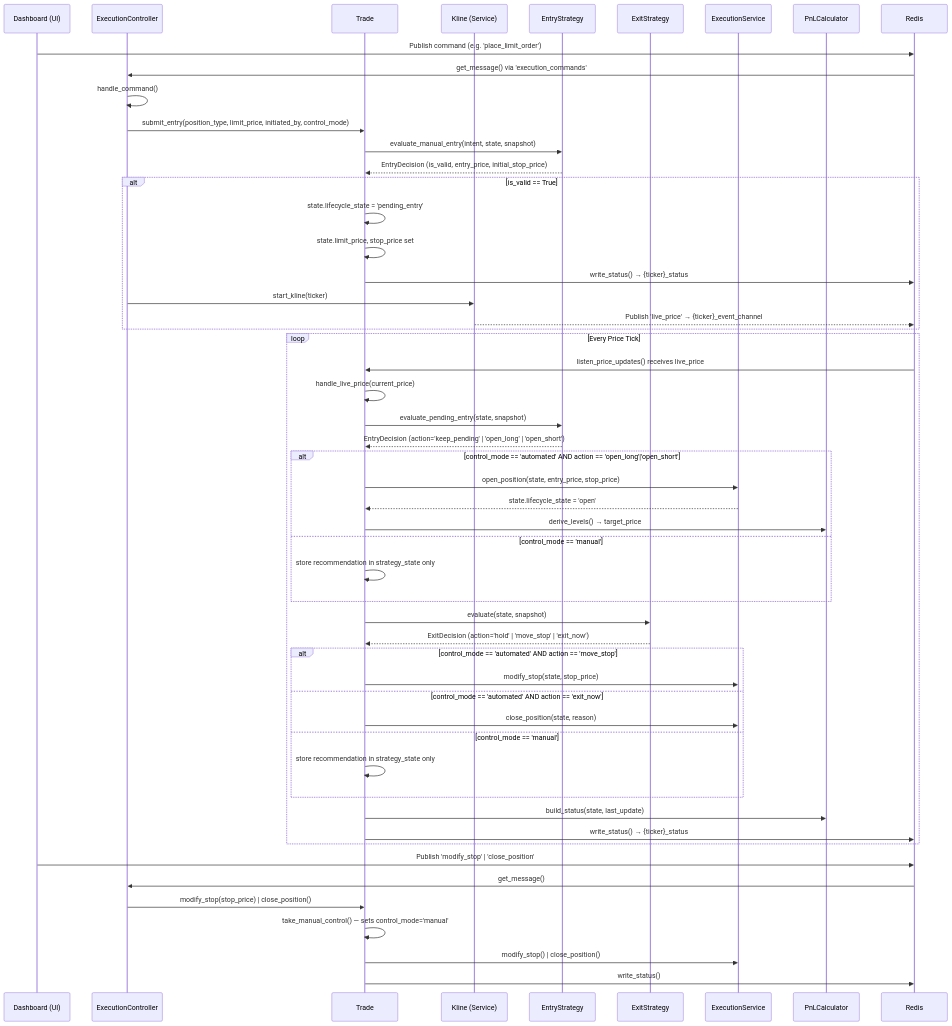
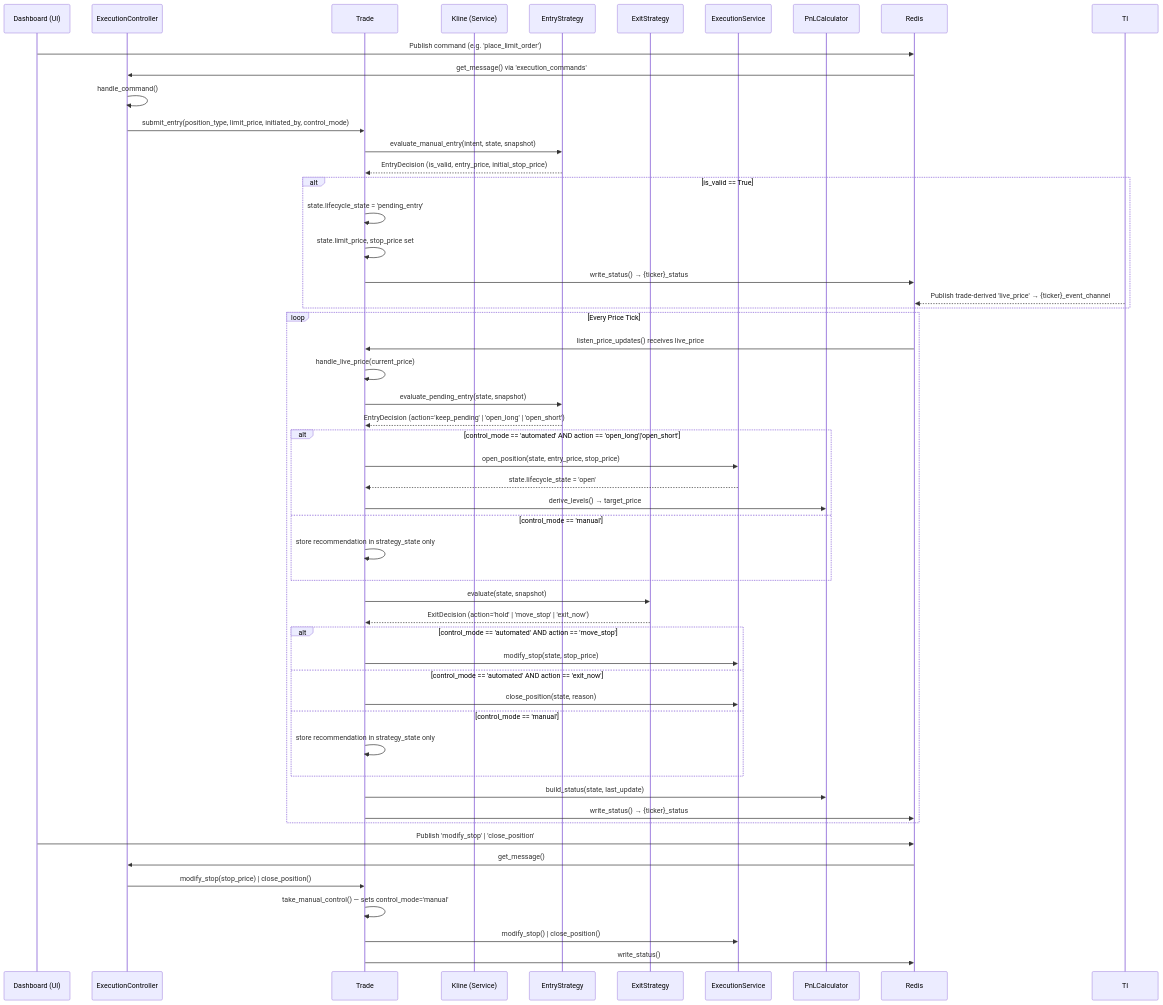
One commit to yoge911/Ritrade changed the diagram in trade_execution_flow.md. Above: the diagram before and after it, drawn with Mermaid. The commit also changed other lines of this file and 24 other files, not shown here.

````diff
--- a/trade_execution_flow.md
+++ b/trade_execution_flow.md
@@ -17,71 +17,70 @@
 ```mermaid
 sequenceDiagram
     participant UI as Dashboard (UI)
     participant EC as ExecutionController
     participant T as Trade
     participant EK as Kline (Service)
     participant ES_Entry as EntryStrategy
     participant ES_Exit as ExitStrategy
     participant ExS as ExecutionService
     participant PnL as PnLCalculator
     participant Redis as Redis
 
     %% 1. Command routing
     UI->>Redis: Publish command (e.g. 'place_limit_order')
     Redis->>EC: get_message() via 'execution_commands'
     EC->>EC: handle_command()
 
     %% 2. Entry request
     EC->>T: submit_entry(position_type, limit_price, initiated_by, control_mode)
     T->>ES_Entry: evaluate_manual_entry(intent, state, snapshot)
     ES_Entry-->>T: EntryDecision (is_valid, entry_price, initial_stop_price)
 
     alt is_valid == True
         T->>T: state.lifecycle_state = 'pending_entry'
         T->>T: state.limit_price, stop_price set
         T->>Redis: write_status() → {ticker}_status
-        EC->>EK: start_kline(ticker)
-        EK-->>Redis: Publish 'live_price' → {ticker}_event_channel
+        TI-->>Redis: Publish trade-derived 'live_price' → {ticker}_event_channel
     end
 
     %% 3. Price loop
     loop Every Price Tick
         Redis->>T: listen_price_updates() receives live_price
         T->>T: handle_live_price(current_price)
 
         %% Pending fill check
         T->>ES_Entry: evaluate_pending_entry(state, snapshot)
         ES_Entry-->>T: EntryDecision (action='keep_pending' | 'open_long' | 'open_short')
 
         alt control_mode == 'automated' AND action == 'open_long'|'open_short'
             T->>ExS: open_position(state, entry_price, stop_price)
             ExS-->>T: state.lifecycle_state = 'open'
             T->>PnL: derive_levels() → target_price
         else control_mode == 'manual'
             T->>T: store recommendation in strategy_state only
         end
 
         %% Exit evaluation
         T->>ES_Exit: evaluate(state, snapshot)
         ES_Exit-->>T: ExitDecision (action='hold' | 'move_stop' | 'exit_now')
 
         alt control_mode == 'automated' AND action == 'move_stop'
             T->>ExS: modify_stop(state, stop_price)
         else control_mode == 'automated' AND action == 'exit_now'
             T->>ExS: close_position(state, reason)
         else control_mode == 'manual'
             T->>T: store recommendation in strategy_state only
         end
 
         T->>PnL: build_status(state, last_update)
         T->>Redis: write_status() → {ticker}_status
     end
 
     %% 4. Manual override
     UI->>Redis: Publish 'modify_stop' | 'close_position'
     Redis->>EC: get_message()
     EC->>T: modify_stop(stop_price) | close_position()
     T->>T: take_manual_control() — sets control_mode='manual'
     T->>ExS: modify_stop() | close_position()
     T->>Redis: write_status()
 ```
````
